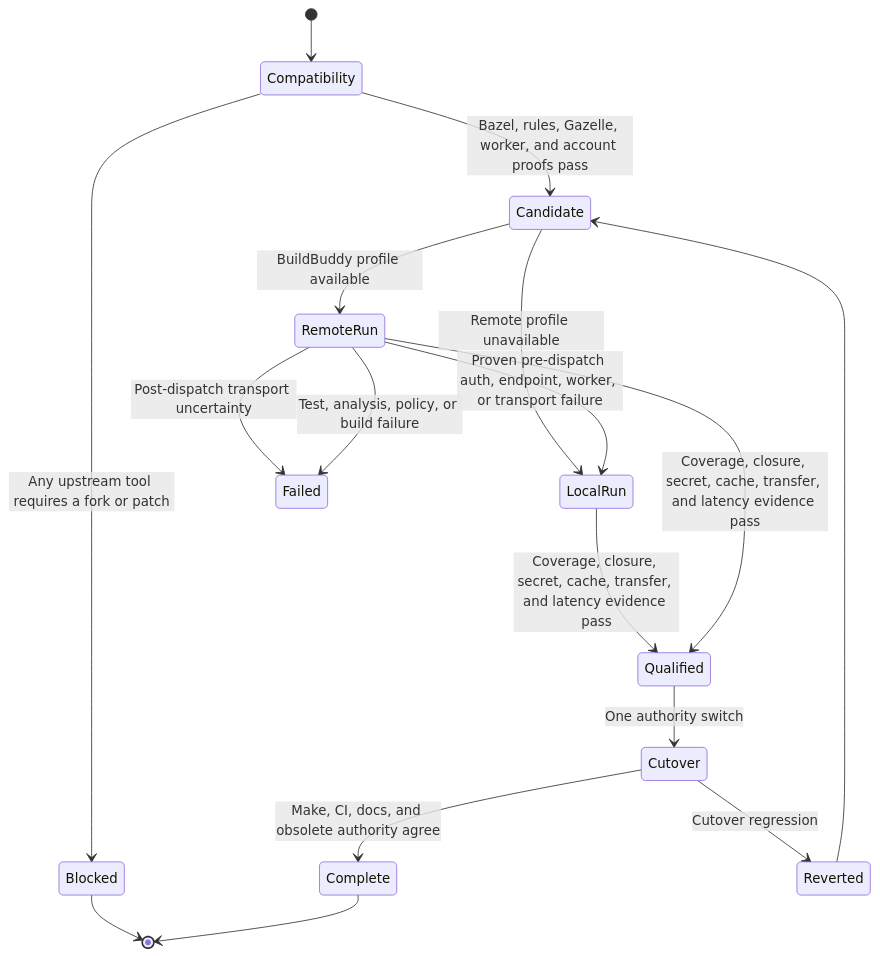
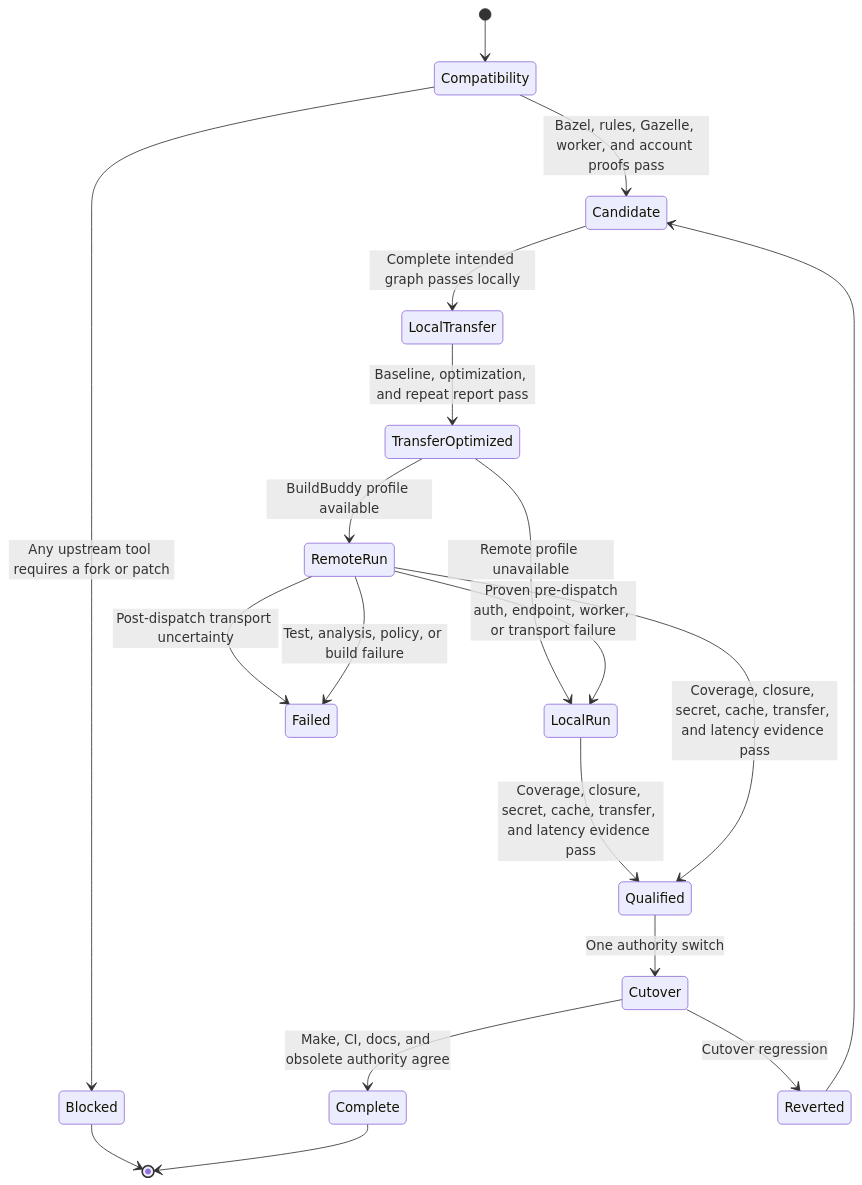
The third of 4 diagrams in docs/plans/2026-08-14-002-refactor-bazel-buildbuddy-check-migration-plan.md (vicondoa/d2b), drawn with Mermaid before and after one commit. The commit also changed other lines of this file, not shown here.

First line of the commit message:
plan: gate BuildBuddy on transfer analysis

````diff
--- a/docs/plans/2026-08-14-002-refactor-bazel-buildbuddy-check-migration-plan.md
+++ b/docs/plans/2026-08-14-002-refactor-bazel-buildbuddy-check-migration-plan.md
@@ -318,19 +339,21 @@
 ```mermaid
 stateDiagram-v2
   [*] --> Compatibility
   Compatibility --> Candidate: Bazel, rules, Gazelle, worker, and account proofs pass
   Compatibility --> Blocked: Any upstream tool requires a fork or patch
-  Candidate --> RemoteRun: BuildBuddy profile available
-  Candidate --> LocalRun: Remote profile unavailable
+  Candidate --> LocalTransfer: Complete intended graph passes locally
+  LocalTransfer --> TransferOptimized: Baseline, optimization, and repeat report pass
+  TransferOptimized --> RemoteRun: BuildBuddy profile available
+  TransferOptimized --> LocalRun: Remote profile unavailable
   RemoteRun --> LocalRun: Proven pre-dispatch auth, endpoint, worker, or transport failure
   RemoteRun --> Failed: Post-dispatch transport uncertainty
   RemoteRun --> Failed: Test, analysis, policy, or build failure
   LocalRun --> Qualified: Coverage, closure, secret, cache, transfer, and latency evidence pass
   RemoteRun --> Qualified: Coverage, closure, secret, cache, transfer, and latency evidence pass
   Qualified --> Cutover: One authority switch
   Cutover --> Complete: Make, CI, docs, and obsolete authority agree
   Cutover --> Reverted: Cutover regression
   Reverted --> Candidate
   Blocked --> [*]
   Complete --> [*]
 ```
````
